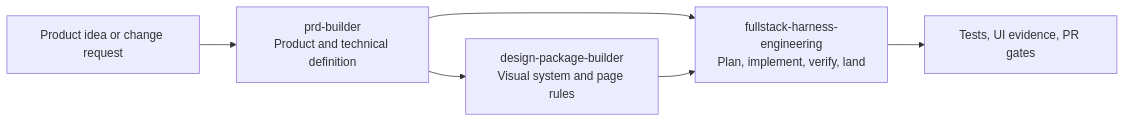
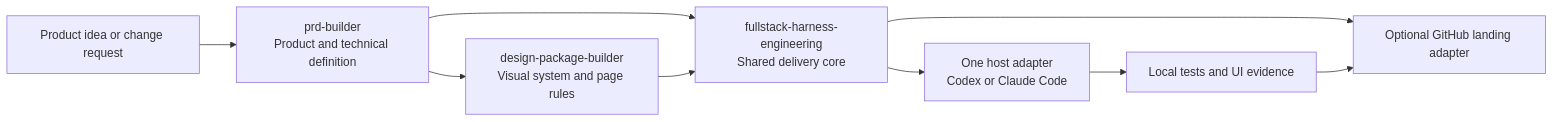
Before and after one commit to Phlegonlabs/product-delivery-harness: the diagram in README.md, drawn with Mermaid. The commit also changed other lines of this file and 40 other files, not shown here.

Commit message:
refactor(harness): split runtime and landing adapters

````diff
--- a/README.md
+++ b/README.md
@@ -36,8 +40,11 @@
 ```mermaid
 flowchart LR
   Idea["Product idea or change request"] --> PRD["prd-builder\nProduct and technical definition"]
   PRD --> Design["design-package-builder\nVisual system and page rules"]
-  PRD --> Harness["fullstack-harness-engineering\nPlan, implement, verify, land"]
+  PRD --> Harness["fullstack-harness-engineering\nShared delivery core"]
   Design --> Harness
-  Harness --> Evidence["Tests, UI evidence, PR gates"]
+  Harness --> Runtime["One host adapter\nCodex or Claude Code"]
+  Harness --> Landing["Optional GitHub landing adapter"]
+  Runtime --> Evidence["Local tests and UI evidence"]
+  Evidence --> Landing
 ```
````
